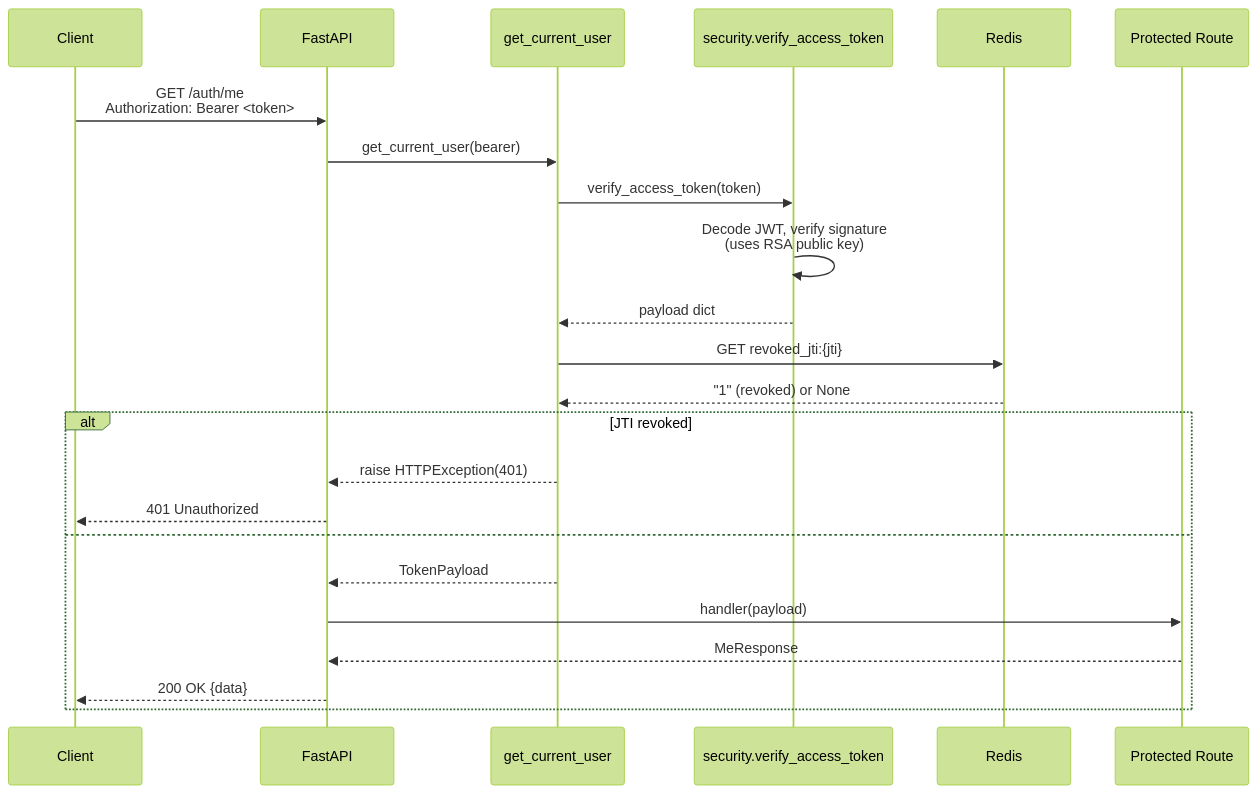
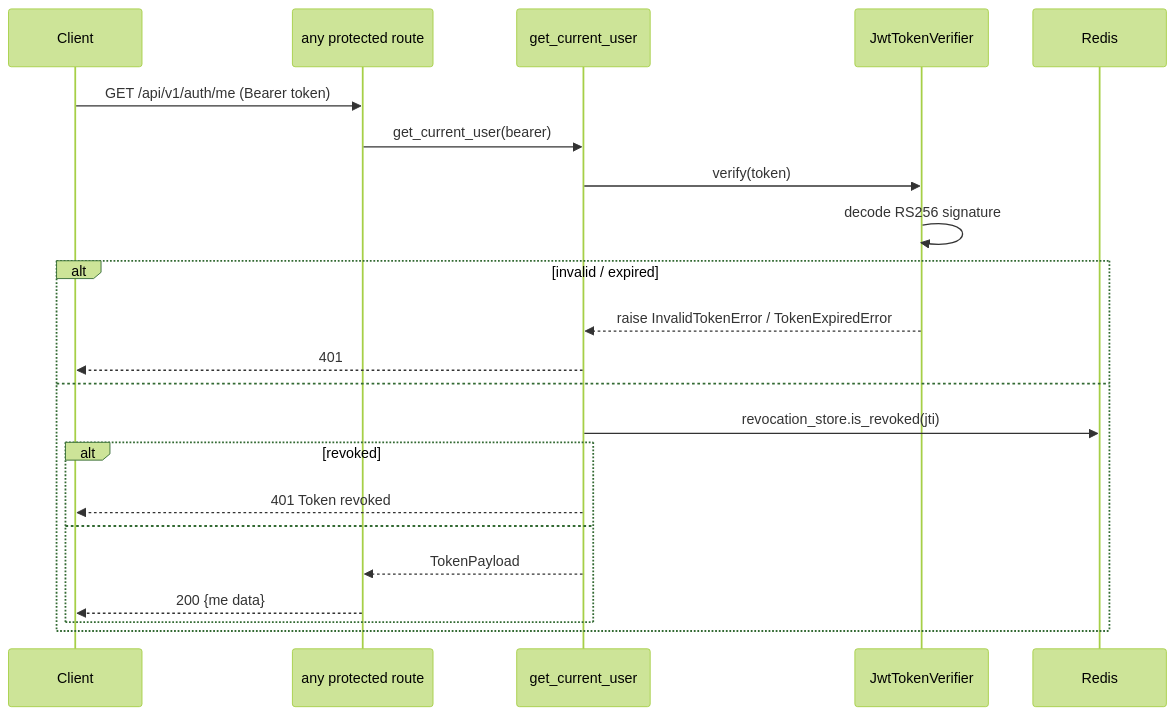
The fifth of 10 diagrams in docs/09-sequence-diagrams.md (anaswaleedtahir/kosmos-ecommerce), drawn with Mermaid (forest theme) before and after one commit. The commit also changed other lines of this file and 7 other files, not shown here.

First line of the commit message:
docs: update all docs to reflect hexagonal architecture

````diff
--- a/docs/09-sequence-diagrams.md
+++ b/docs/09-sequence-diagrams.md
@@ -200,26 +139,25 @@
 ```mermaid
 sequenceDiagram
     participant Client
-    participant API as FastAPI
+    participant Route as any protected route
     participant Dep as get_current_user
-    participant Security as security.verify_access_token
-    participant Redis as Redis
-    participant Route as Protected Route
+    participant Verifier as JwtTokenVerifier
+    participant Redis
 
-    Client->>API: GET /auth/me<br/>Authorization: Bearer <token>
-    API->>Dep: get_current_user(bearer)
-    Dep->>Security: verify_access_token(token)
-    Security->>Security: Decode JWT, verify signature<br/>(uses RSA public key)
-    Security-->>Dep: payload dict
-    Dep->>Redis: GET revoked_jti:{jti}
-    Redis-->>Dep: "1" (revoked) or None
-    alt JTI revoked
-        Dep-->>API: raise HTTPException(401)
-        API-->>Client: 401 Unauthorized
+    Client->>Route: GET /api/v1/auth/me (Bearer token)
+    Route->>Dep: get_current_user(bearer)
+    Dep->>Verifier: verify(token)
+    Verifier->>Verifier: decode RS256 signature
+    alt invalid / expired
+        Verifier-->>Dep: raise InvalidTokenError / TokenExpiredError
+        Dep-->>Client: 401
     else
-        Dep-->>API: TokenPayload
-        API->>Route: handler(payload)
-        Route-->>API: MeResponse
-        API-->>Client: 200 OK {data}
+        Dep->>Redis: revocation_store.is_revoked(jti)
+        alt revoked
+            Dep-->>Client: 401 Token revoked
+        else
+            Dep-->>Route: TokenPayload
+            Route-->>Client: 200 {me data}
+        end
     end
 ```
````
